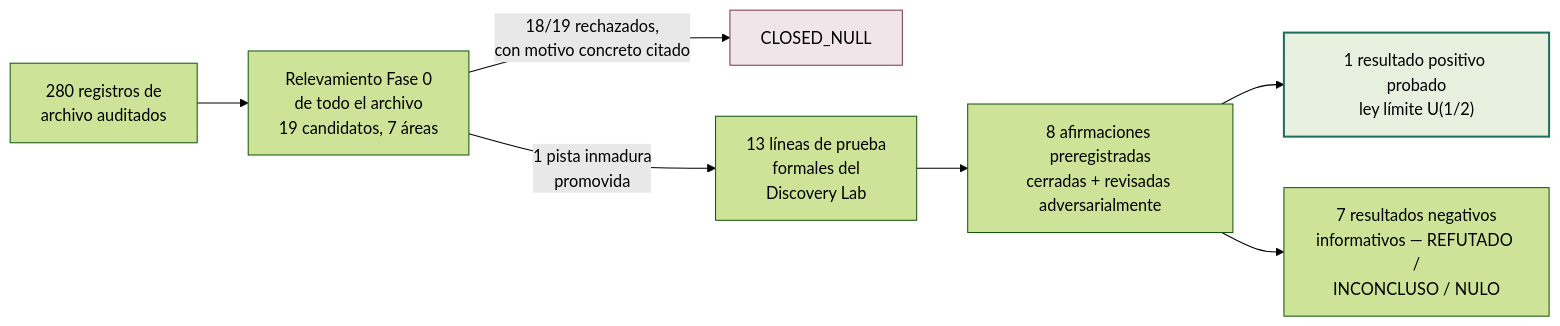
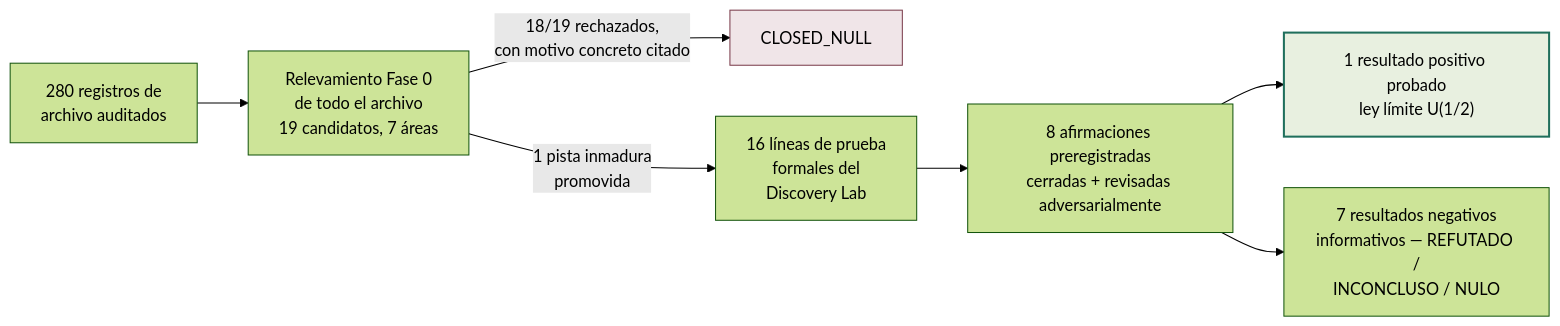
One commit to dougdotcon/TamesisTheoryCompleteResearchArchive changed the first of 4 diagrams in README_ES.md. Above: the diagram before and after it, drawn with Mermaid (forest theme). The commit also changed other lines of this file and 5 other files, not shown here.

````diff
--- a/README_ES.md
+++ b/README_ES.md
@@ -43,11 +43,11 @@
 ```mermaid
 flowchart LR
     R[280 registros de<br/>archivo auditados] --> S[Relevamiento Fase 0<br/>de todo el archivo<br/>19 candidatos, 7 áreas]
     S -->|18/19 rechazados,<br/>con motivo concreto citado| N1[CLOSED_NULL]
-    S -->|1 pista inmadura<br/>promovida| L13[13 líneas de prueba<br/>formales del<br/>Discovery Lab]
+    S -->|1 pista inmadura<br/>promovida| L13[16 líneas de prueba<br/>formales del<br/>Discovery Lab]
     L13 --> C8[8 afirmaciones preregistradas<br/>cerradas + revisadas adversarialmente]
     C8 --> V1["1 resultado positivo probado<br/>ley límite U(1/2)"]
     C8 --> V2[7 resultados negativos<br/>informativos — REFUTADO /<br/>INCONCLUSO / NULO]
     style V1 fill:#e8f0e0,stroke:#1f6f5c,stroke-width:2px
     style N1 fill:#f0e5e8,stroke:#7a3b4a
 ```
````
